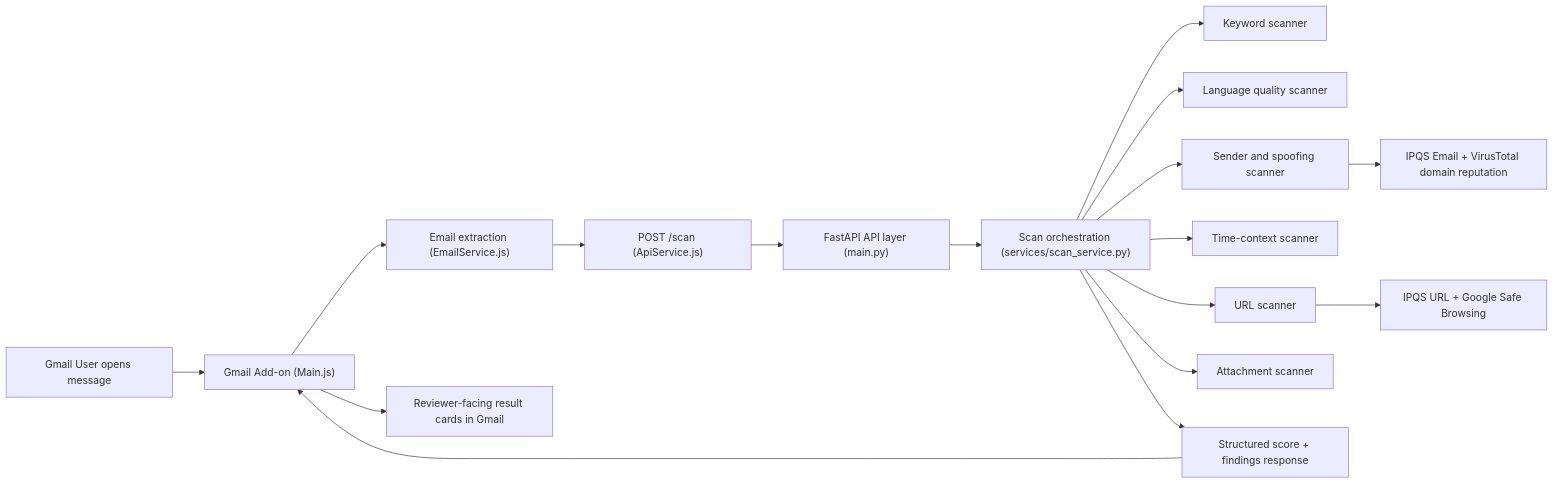
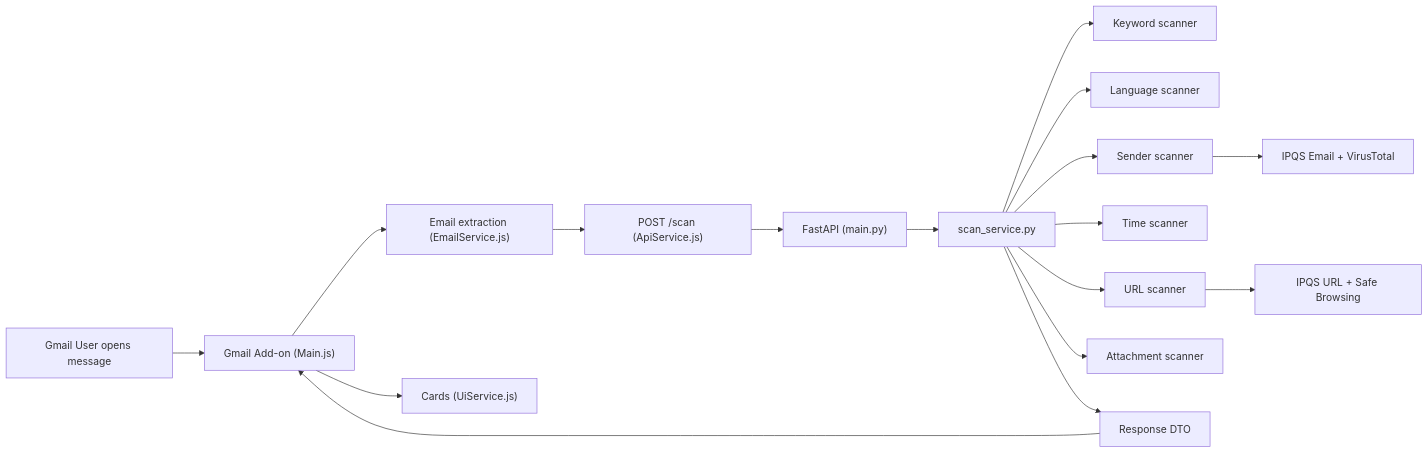
The diagram in README.md (ronyziv/phishwall-clean-public), drawn with Mermaid before and after one commit. The commit also changed other lines of this file, not shown here.

````diff
--- a/README.md
+++ b/README.md
@@ -22,22 +16,22 @@
 ```mermaid
 flowchart LR
     GmailUser["Gmail User opens message"] --> GmailAddon["Gmail Add-on (Main.js)"]
     GmailAddon --> EmailExtraction["Email extraction (EmailService.js)"]
     EmailExtraction --> BackendRequest["POST /scan (ApiService.js)"]
-    BackendRequest --> FastAPIController["FastAPI API layer (main.py)"]
-    FastAPIController --> ScanOrchestrator["Scan orchestration (services/scan_service.py)"]
+    BackendRequest --> FastAPIController["FastAPI (main.py)"]
+    FastAPIController --> ScanOrchestrator["scan_service.py"]
 
     ScanOrchestrator --> KeywordScanner["Keyword scanner"]
-    ScanOrchestrator --> LanguageScanner["Language quality scanner"]
-    ScanOrchestrator --> SenderScanner["Sender and spoofing scanner"]
-    ScanOrchestrator --> TimeScanner["Time-context scanner"]
+    ScanOrchestrator --> LanguageScanner["Language scanner"]
+    ScanOrchestrator --> SenderScanner["Sender scanner"]
+    ScanOrchestrator --> TimeScanner["Time scanner"]
     ScanOrchestrator --> UrlScanner["URL scanner"]
     ScanOrchestrator --> AttachmentScanner["Attachment scanner"]
 
-    SenderScanner --> SenderReputation["IPQS Email + VirusTotal domain reputation"]
-    UrlScanner --> UrlReputation["IPQS URL + Google Safe Browsing"]
+    SenderScanner --> SenderReputation["IPQS Email + VirusTotal"]
+    UrlScanner --> UrlReputation["IPQS URL + Safe Browsing"]
 
-    ScanOrchestrator --> ScoredResponse["Structured score + findings response"]
+    ScanOrchestrator --> ScoredResponse["Response DTO"]
     ScoredResponse --> GmailAddon
-    GmailAddon --> ReviewerOutput["Reviewer-facing result cards in Gmail"]
+    GmailAddon --> UiService["Cards (UiService.js)"]
 ```
````
